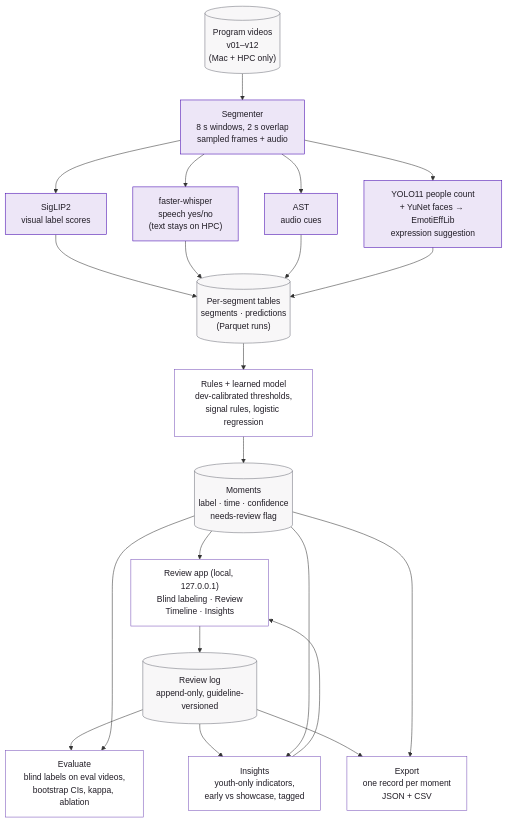
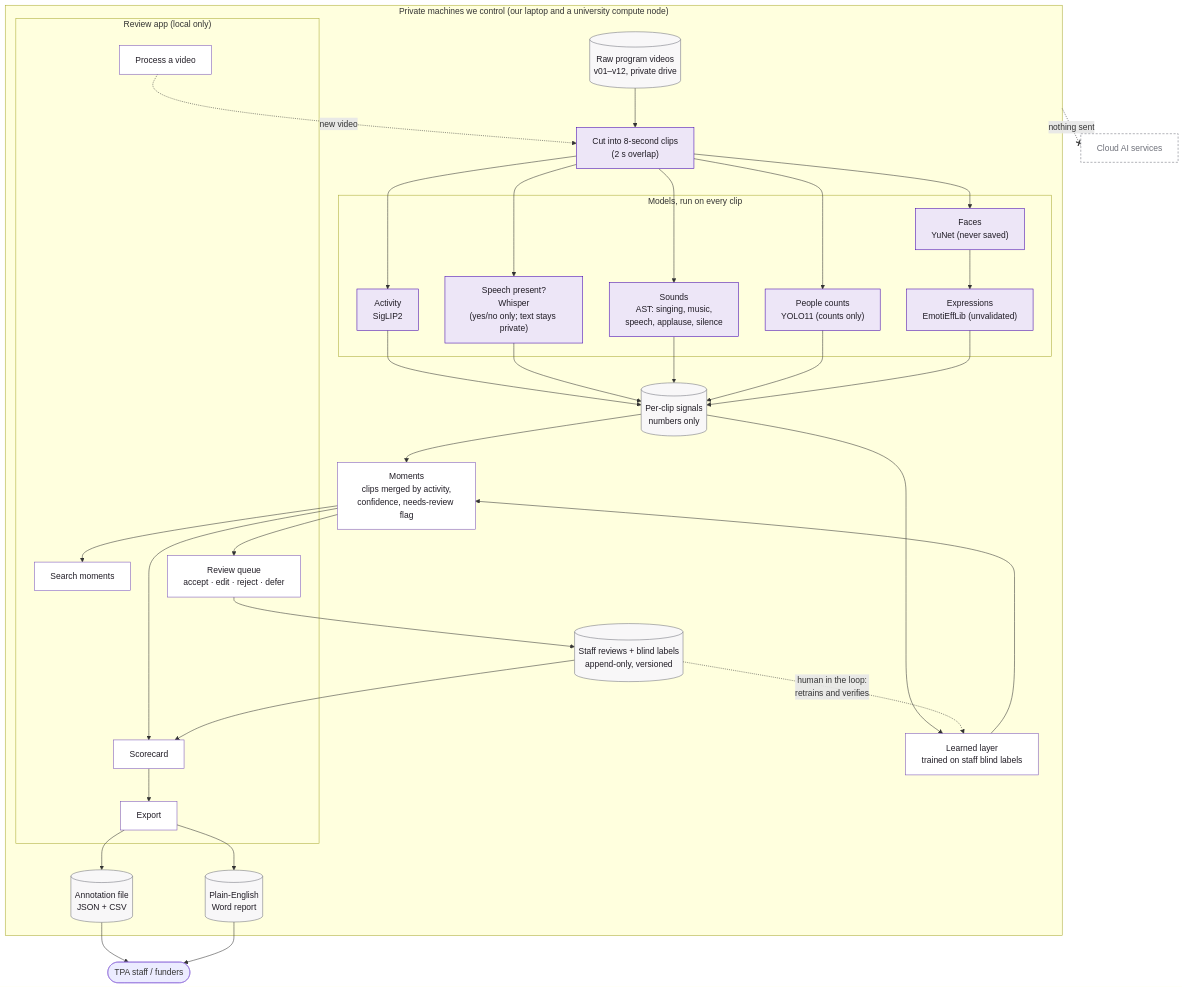
One commit to ericgdevs/2026-AI4Good-Hackathon changed the diagram in docs/architecture.md. Above: the diagram before and after it, drawn with Mermaid. The commit also changed other lines of this file and 2 other files, not shown here.

Commit message:
docs: system card, governance note and architecture with final numbers

````diff
--- a/docs/architecture.md
+++ b/docs/architecture.md
@@ -3,36 +5,53 @@
 ```mermaid
 flowchart TD
-    V[("Program videos<br/>v01–v12<br/>(Mac + HPC only)")] --> SEG["Segmenter<br/>8 s windows, 2 s overlap<br/>sampled frames + audio"]
+    subgraph PRIV["Private machines we control (our laptop and a university compute node)"]
+        V[("Raw program videos<br/>v01–v12, private drive")] --> SEG["Cut into 8-second clips<br/>(2 s overlap)"]
 
-    SEG --> SIG["SigLIP2<br/>visual label scores"]
-    SEG --> WH["faster-whisper<br/>speech yes/no<br/>(text stays on HPC)"]
-    SEG --> AST["AST<br/>audio cues"]
-    SEG --> YF["YOLO11 people count<br/>+ YuNet faces → EmotiEffLib<br/>expression suggestion"]
+        subgraph MODELS["Models, run on every clip"]
+            SIG["Activity<br/>SigLIP2"]
+            WH["Speech present?<br/>Whisper<br/>(yes/no only; text stays private)"]
+            AST["Sounds<br/>AST: singing, music,<br/>speech, applause, silence"]
+            YOLO["People counts<br/>YOLO11 (counts only)"]
+            FACE["Faces<br/>YuNet (never saved)"]
+            EXPR["Expressions<br/>EmotiEffLib (unvalidated)"]
+            FACE --> EXPR
+        end
 
-    SIG --> TAB[("Per-segment tables<br/>segments · predictions<br/>(Parquet runs)")]
-    WH --> TAB
-    AST --> TAB
-    YF --> TAB
+        SEG --> SIG & WH & AST & YOLO & FACE
+        SIG & WH & AST & YOLO & EXPR --> TAB[("Per-clip signals<br/>numbers only")]
 
-    TAB --> RUL["Rules + learned model<br/>dev-calibrated thresholds,<br/>signal rules, logistic regression"]
-    RUL --> MOM[("Moments<br/>label · time · confidence<br/>needs-review flag")]
+        TAB --> MOM["Moments<br/>clips merged by activity,<br/>confidence, needs-review flag"]
+        TAB --> LRN["Learned layer<br/>trained on staff blind labels"]
+        LRN --> MOM
 
-    MOM --> APP["Review app (local, 127.0.0.1)<br/>Blind labeling · Review<br/>Timeline · Insights"]
-    APP --> LOG[("Review log<br/>append-only, guideline-versioned")]
+        subgraph APP["Review app (local only)"]
+            PROC["Process a video"]
+            SRCH["Search moments"]
+            REV["Review queue<br/>accept · edit · reject · defer"]
+            SCORE["Scorecard"]
+            EXPT["Export"]
+        end
 
-    LOG --> EVAL["Evaluate<br/>blind labels on eval videos,<br/>bootstrap CIs, kappa, ablation"]
-    LOG --> INS["Insights<br/>youth-only indicators,<br/>early vs showcase, tagged"]
-    MOM --> EVAL
-    MOM --> INS
-    INS --> APP
+        MOM --> SRCH & REV & SCORE
+        PROC -. "new video" .-> SEG
+        REV --> LOG[("Staff reviews + blind labels<br/>append-only, versioned")]
+        LOG -. "human in the loop:<br/>retrains and verifies" .-> LRN
+        LOG --> SCORE
+        SCORE --> EXPT
 
-    LOG --> EXP["Export<br/>one record per moment<br/>JSON + CSV"]
-    MOM --> EXP
+        EXPT --> JSON[("Annotation file<br/>JSON + CSV")]
+        EXPT --> WORD[("Plain-English<br/>Word report")]
+    end
 
-    classDef hpc fill:#EDE6F7,stroke:#4100AD,color:#201C25
-    classDef mac fill:#FFFFFF,stroke:#7851B9,color:#201C25
+    JSON & WORD --> USERS(["TPA staff / funders"])
+    PRIV -. "nothing sent" .-x CLOUD["Cloud AI services"]
+
+    classDef model fill:#EDE6F7,stroke:#4100AD,color:#201C25
+    classDef local fill:#FFFFFF,stroke:#7851B9,color:#201C25
     classDef store fill:#F8F7F8,stroke:#6F717A,color:#201C25
-    class SEG,SIG,WH,AST,YF hpc
-    class RUL,APP,EVAL,INS,EXP mac
-    class V,TAB,MOM,LOG store
+    classDef blocked fill:#FFFFFF,stroke:#6F717A,color:#6F717A,stroke-dasharray:4 3
+    class SEG,SIG,WH,AST,YOLO,FACE,EXPR model
+    class MOM,LRN,PROC,SRCH,REV,SCORE,EXPT local
+    class V,TAB,LOG,JSON,WORD store
+    class CLOUD blocked
 ```
````
